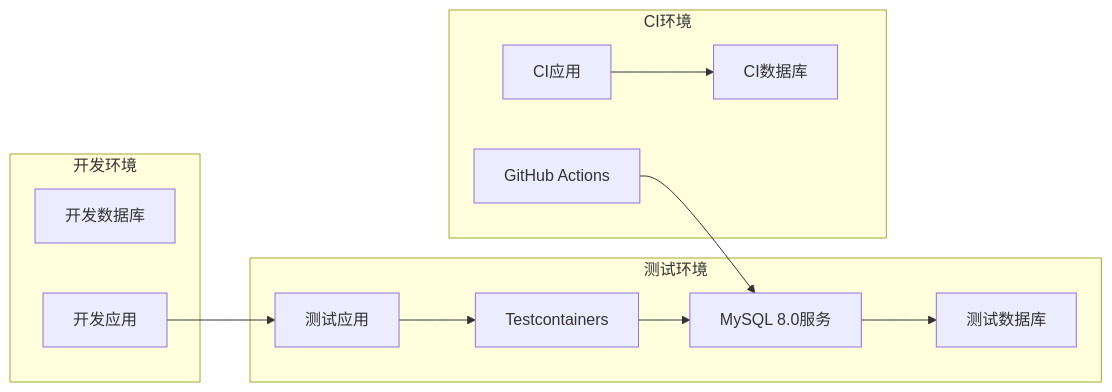
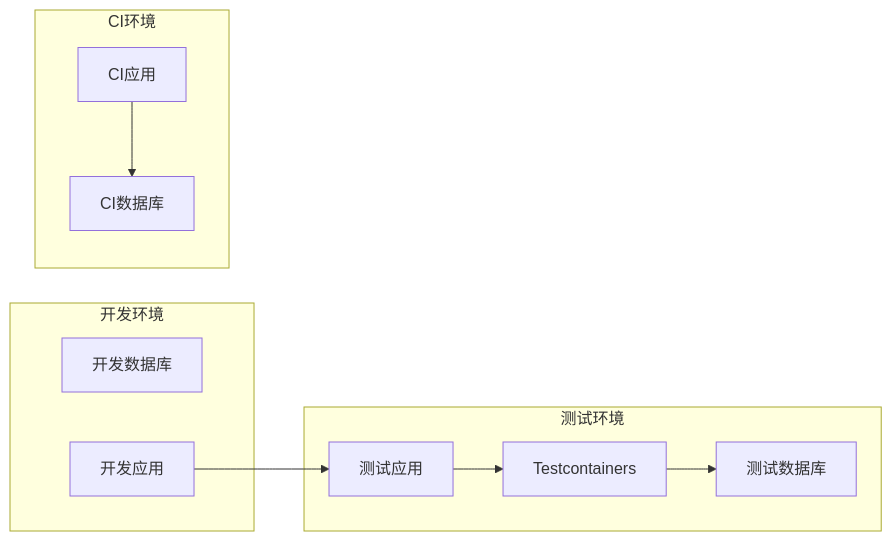
The eighth of 18 diagrams in .qoder/repowiki/zh/content/核心功能开发/测试策略.md (gree-coder/fund-butler), drawn with Mermaid before and after one commit. The commit also changed other lines of this file and 21 other files, not shown here.

````diff
--- a/.qoder/repowiki/zh/content/核心功能开发/测试策略.md
+++ b/.qoder/repowiki/zh/content/核心功能开发/测试策略.md
@@ -388,24 +293,20 @@
 ```mermaid
 flowchart LR
 subgraph "开发环境"
 DEV_DB[开发数据库]
 DEV_APP[开发应用]
 end
 subgraph "测试环境"
 TEST_DB[测试数据库]
 TEST_APP[测试应用]
 TEST_CONTAINERS[Testcontainers]
-MYSQL_SERVICE[MySQL 8.0服务]
 end
 subgraph "CI环境"
 CI_DB[CI数据库]
 CI_APP[CI应用]
-GITHUB_ACTIONS[GitHub Actions]
 end
 DEV_APP --> TEST_APP
 TEST_APP --> TEST_CONTAINERS
-TEST_CONTAINERS --> MYSQL_SERVICE
-MYSQL_SERVICE --> TEST_DB
+TEST_CONTAINERS --> TEST_DB
 CI_APP --> CI_DB
-GITHUB_ACTIONS --> MYSQL_SERVICE
 ```
````
